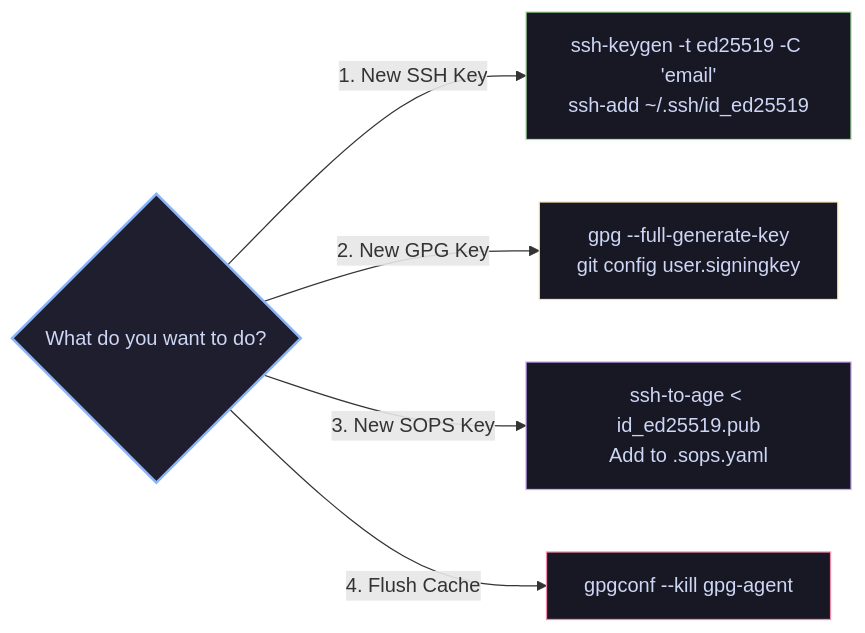
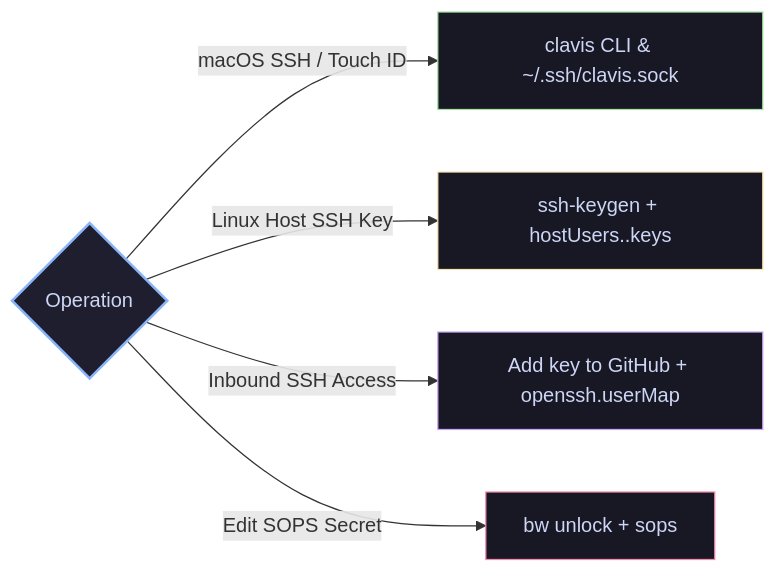
Before and after one commit to GDR/dot: the diagram in docs/security-runbook.md, drawn with Mermaid. The commit also changed other lines of this file and 1 other file, not shown here.

First line of the commit message:
docs(security): rewrite architecture and runbook for clavis, charon-key, and SSH signing

````diff
--- a/docs/security-runbook.md
+++ b/docs/security-runbook.md
@@ -9,14 +9,14 @@
 ```mermaid
 flowchart LR
-    Task{"What do you want to do?"}
-    Task -->|"1. New SSH Key"| GenSSH["ssh-keygen -t ed25519 -C 'email'\nssh-add ~/.ssh/id_ed25519"]
-    Task -->|"2. New GPG Key"| GenGPG["gpg --full-generate-key\ngit config user.signingkey <ID>"]
-    Task -->|"3. New SOPS Key"| GenSOPS["ssh-to-age < id_ed25519.pub\nAdd to .sops.yaml"]
-    Task -->|"4. Flush Cache"| FlushCache["gpgconf --kill gpg-agent"]
+    Task{"Operation"}
+    Task -->|"macOS SSH / Touch ID"| ClavisOps["clavis CLI & ~/.ssh/clavis.sock"]
+    Task -->|"Linux Host SSH Key"| LinuxKey["ssh-keygen + hostUsers.<user>.keys"]
+    Task -->|"Inbound SSH Access"| CharonOps["Add key to GitHub + openssh.userMap"]
+    Task -->|"Edit SOPS Secret"| SopsOps["bw unlock + sops <secret-file>"]
 
     style Task fill:#1e1e2e,stroke:#89b4fa,stroke-width:2px,color:#cdd6f4
-    style GenSSH fill:#181825,stroke:#a6e3a1,color:#cdd6f4
-    style GenGPG fill:#181825,stroke:#f9e2af,color:#cdd6f4
-    style GenSOPS fill:#181825,stroke:#cba6f7,color:#cdd6f4
-    style FlushCache fill:#181825,stroke:#f38ba8,color:#cdd6f4
+    style ClavisOps fill:#181825,stroke:#a6e3a1,color:#cdd6f4
+    style LinuxKey fill:#181825,stroke:#f9e2af,color:#cdd6f4
+    style CharonOps fill:#181825,stroke:#cba6f7,color:#cdd6f4
+    style SopsOps fill:#181825,stroke:#f38ba8,color:#cdd6f4
 ```
````
